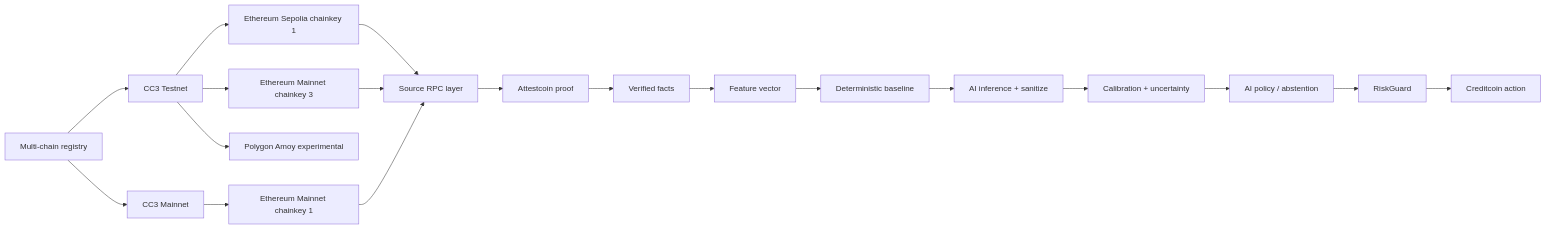
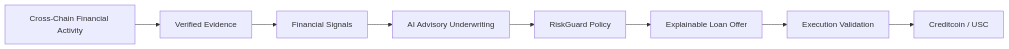
One commit to lucylow/proofloan-ctc changed the first of 13 diagrams in README.md. Above: the diagram before and after it, drawn with Mermaid. The commit also changed other lines of this file, not shown here.

````diff
--- a/README.md
+++ b/README.md
@@ -25,21 +69,10 @@
 ```mermaid
 flowchart LR
-  R[Multi-chain registry] --> T[CC3 Testnet]
-  R --> M[CC3 Mainnet]
-  T --> S[Ethereum Sepolia chainkey 1]
-  T --> E[Ethereum Mainnet chainkey 3]
-  T --> X[Polygon Amoy experimental]
-  M --> N[Ethereum Mainnet chainkey 1]
-  S --> P[Source RPC layer]
-  E --> P
-  N --> P
-  P --> A[Attestcoin proof]
-  A --> F[Verified facts]
-  F --> V[Feature vector]
-  V --> B[Deterministic baseline]
-  B --> I[AI inference + sanitize]
-  I --> Cali[Calibration + uncertainty]
-  Cali --> P2[AI policy / abstention]
-  P2 --> G[RiskGuard]
-  G --> C[Creditcoin action]
+    A[Cross-Chain Financial Activity] --> B[Verified Evidence]
+    B --> C[Financial Signals]
+    C --> D[AI Advisory Underwriting]
+    D --> E[RiskGuard Policy]
+    E --> F[Explainable Loan Offer]
+    F --> G[Execution Validation]
+    G --> H[Creditcoin / USC]
 ```
````
